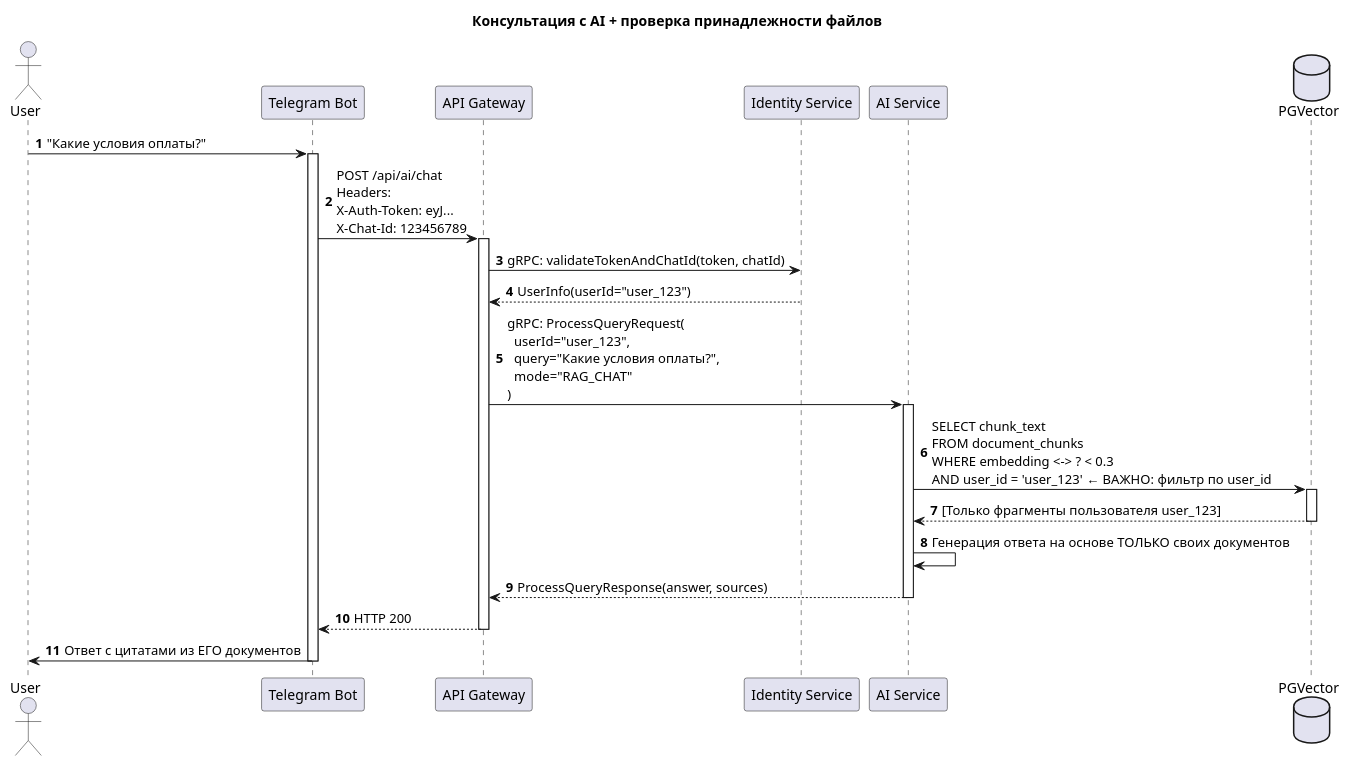
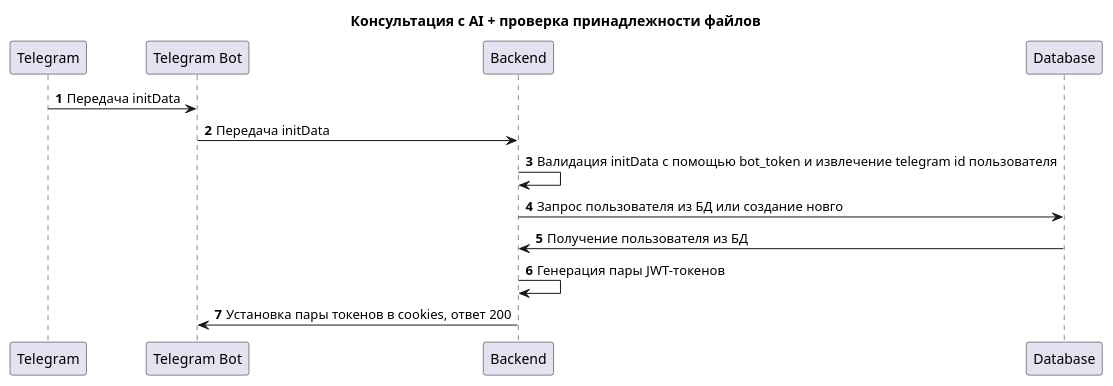
Before and after one commit to QuitEnough/lawDocs: the diagram in uml/telegram/new.puml, drawn with PlantUML. The commit also changed 3 other files, not shown here.

Commit message:
uml for interaction

```diff
--- a/uml/telegram/new.puml
+++ b/uml/telegram/new.puml
@@ -1,40 +1,19 @@
 @startuml Consultation with User Check
 title Консультация с AI + проверка принадлежности файлов
 
-actor User as U
-participant "Telegram Bot" as B
-participant "API Gateway" as API
-participant "Identity Service" as ID
-participant "AI Service" as AI
-database "PGVector" as VEC
+participant "Telegram" as Telegram
+participant "Telegram Bot" as Bot
+participant "Backend" as back
+participant "Database" as db
 
 autonumber
 
-U -> B : "Какие условия оплаты?"
-activate B
-
-B -> API : POST /api/ai/chat\nHeaders:\nX-Auth-Token: eyJ...\nX-Chat-Id: 123456789
-activate API
-
-API -> ID : gRPC: validateTokenAndChatId(token, chatId)
-ID --> API : UserInfo(userId="user_123")
-
-API -> AI : gRPC: ProcessQueryRequest(\n  userId="user_123",\n  query="Какие условия оплаты?",\n  mode="RAG_CHAT"\n)
-activate AI
-
-AI -> VEC : SELECT chunk_text\nFROM document_chunks\nWHERE embedding <-> ? < 0.3\nAND user_id = 'user_123'  ← ВАЖНО: фильтр по user_id
-activate VEC
-VEC --> AI : [Только фрагменты пользователя user_123]
-deactivate VEC
-
-AI -> AI : Генерация ответа на основе ТОЛЬКО своих документов
-AI --> API : ProcessQueryResponse(answer, sources)
-deactivate AI
-
-API --> B : HTTP 200
-deactivate API
-
-B -> U : Ответ с цитатами из ЕГО документов
-deactivate B
+Telegram -> Bot: Передача initData
+Bot -> back: Передача initData
+back -> back: Валидация initData с помощью bot_token и извлечение telegram id пользователя
+back -> db: Запрос пользователя из БД или создание новго
+db -> back: Получение пользователя из БД
+back -> back: Генерация пары JWT-токенов
+back -> Bot:  Установка пары токенов в cookies, ответ 200
 
 @enduml
```
